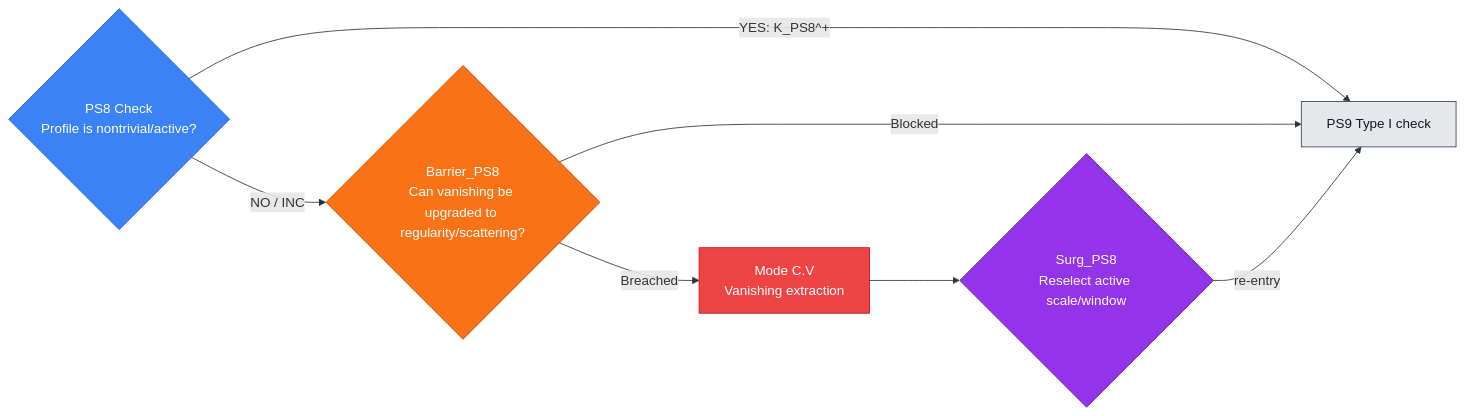
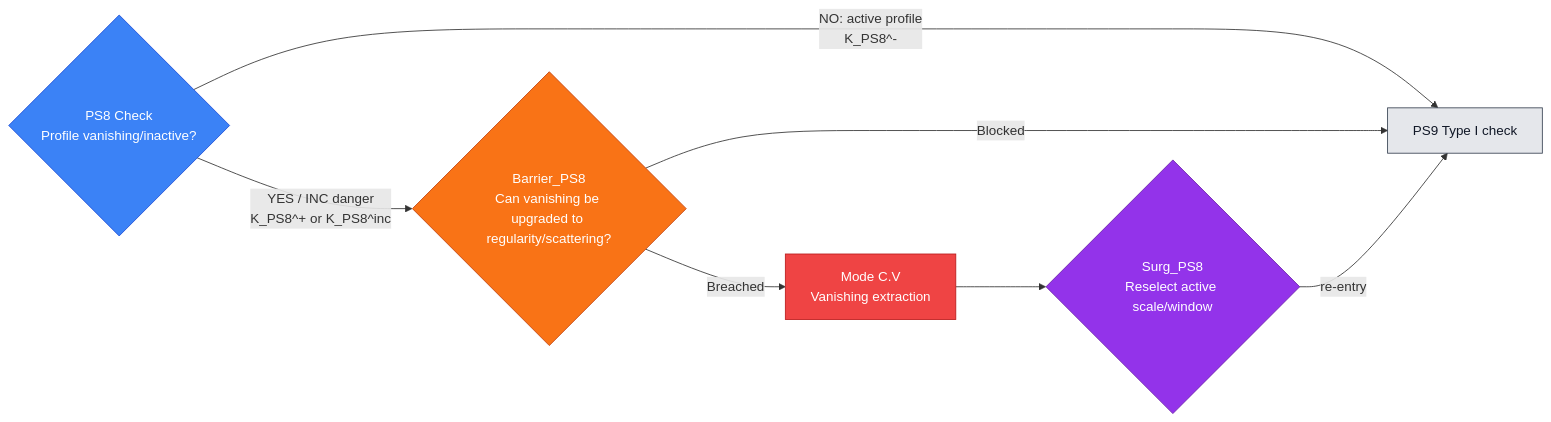
Diagram 14 of 54 in docs/source/1_hypostructure_formalism/edits/new_sieve.md (Guillemdb/hypostructure), drawn with Mermaid before and after one commit. The commit also changed other lines of this file, not shown here.

````diff
--- a/docs/source/1_hypostructure_formalism/edits/new_sieve.md
+++ b/docs/source/1_hypostructure_formalism/edits/new_sieve.md
@@ -1490,23 +1514,23 @@
 ```mermaid
 flowchart LR
-    C{"PS8 Check<br/>Profile is nontrivial/active?"}
-    C -- "YES: K_PS8^+" --> N["PS9 Type I check"]
-    C -- "NO / INC" --> B{"Barrier_PS8<br/>Can vanishing be upgraded to regularity/scattering?"}
+    C{"PS8 Check<br/>Profile vanishing/inactive?"}
+    C -- "NO: active profile<br/>K_PS8^-" --> N["PS9 Type I check"]
+    C -- "YES / INC danger<br/>K_PS8^+ or K_PS8^inc" --> B{"Barrier_PS8<br/>Can vanishing be upgraded to regularity/scattering?"}
     B -- "Blocked" --> N
     B -- "Breached" --> M["Mode C.V<br/>Vanishing extraction"]
     M --> S{"Surg_PS8<br/>Reselect active scale/window"}
     S -- "re-entry" --> N
 
     classDef check fill:#3b82f6,stroke:#1d4ed8,color:#ffffff;
     classDef barrier fill:#f97316,stroke:#c2410c,color:#ffffff;
     classDef mode fill:#ef4444,stroke:#b91c1c,color:#ffffff;
     classDef surgery fill:#9333ea,stroke:#6b21a8,color:#ffffff;
     classDef next fill:#e5e7eb,stroke:#374151,color:#111827;
     classDef terminal fill:#fef3c7,stroke:#d97706,color:#111827;
 
     class C check;
     class B barrier;
     class M mode;
     class S surgery;
     class N next;
 ```
````
